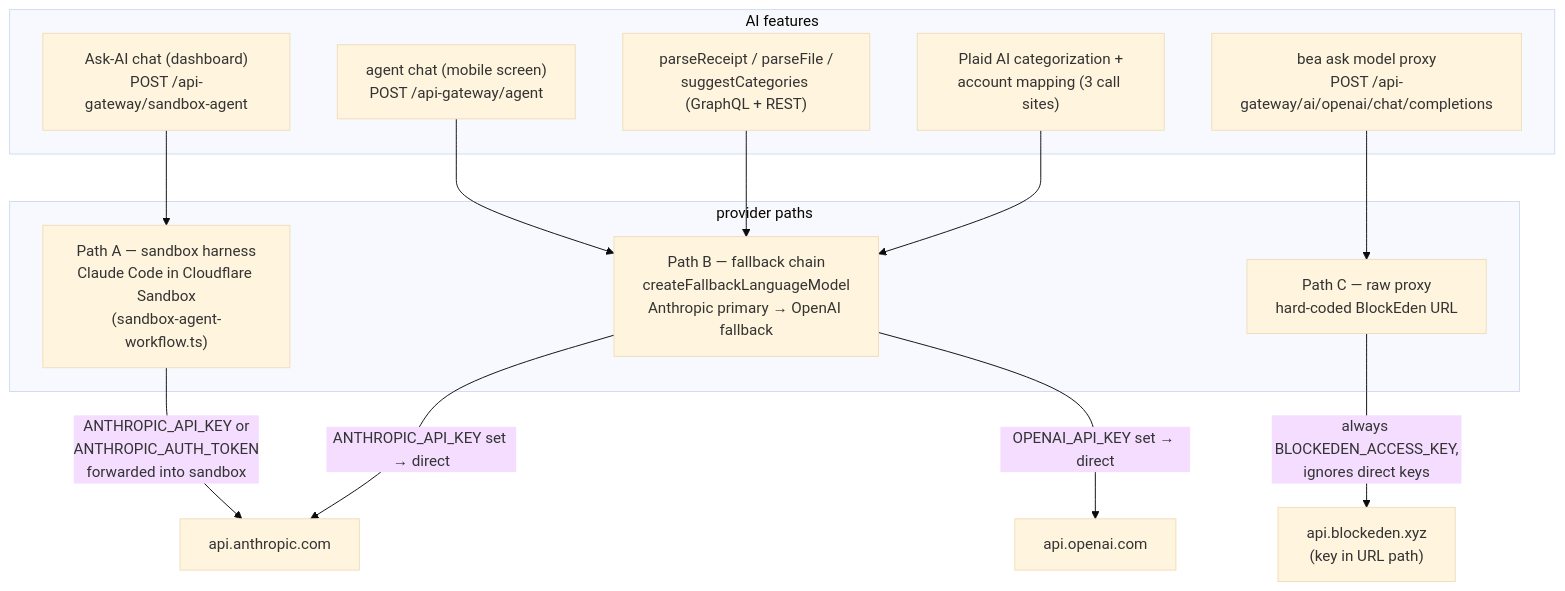
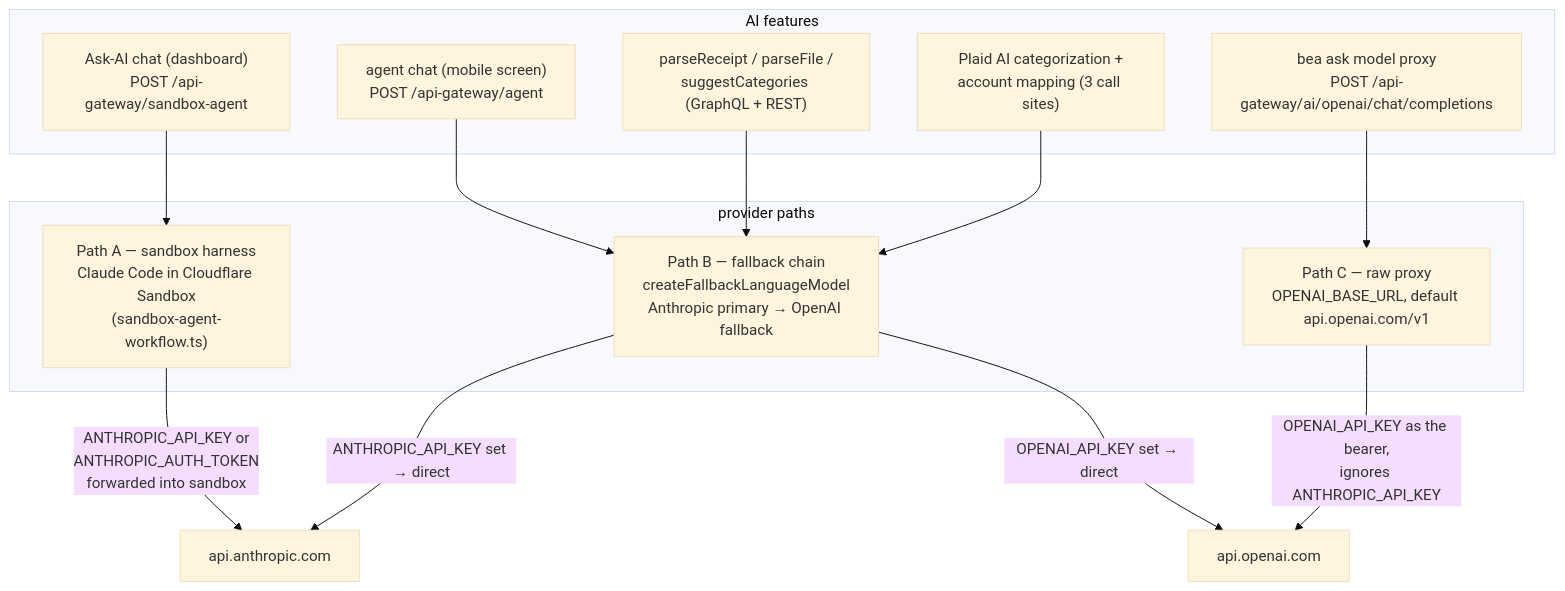
Before and after one commit to bex-co/beancount-io: the diagram in docs/adrs/ADR011-backend-v2-ai-api-usage.md, drawn with Mermaid (base theme). The commit also changed other lines of this file and 79 other files, not shown here.

````diff
--- a/docs/adrs/ADR011-backend-v2-ai-api-usage.md
+++ b/docs/adrs/ADR011-backend-v2-ai-api-usage.md
@@ -13,31 +13,30 @@
 ```mermaid
 flowchart TB
   subgraph features["AI features"]
     ask["Ask-AI chat (dashboard)\nPOST /api-gateway/sandbox-agent"]
     agent["agent chat (mobile screen)\nPOST /api-gateway/agent"]
     receipt["parseReceipt / parseFile /\nsuggestCategories (GraphQL + REST)"]
     plaid["Plaid AI categorization +\naccount mapping (3 call sites)"]
     proxy["bea ask model proxy\nPOST /api-gateway/ai/openai/chat/completions"]
   end
 
   subgraph paths["provider paths"]
     A["Path A — sandbox harness\nClaude Code in Cloudflare Sandbox\n(sandbox-agent-workflow.ts)"]
     B["Path B — fallback chain\ncreateFallbackLanguageModel\nAnthropic primary → OpenAI fallback"]
-    C["Path C — raw proxy\nhard-coded BlockEden URL"]
+    C["Path C — raw proxy\nOPENAI_BASE_URL, default api.openai.com/v1"]
   end
 
   anthropic["api.anthropic.com"]
   openai["api.openai.com"]
-  blockeden["api.blockeden.xyz\n(key in URL path)"]
 
   ask --> A
   agent --> B
   receipt --> B
   plaid --> B
   proxy --> C
 
   A -->|"ANTHROPIC_API_KEY or\nANTHROPIC_AUTH_TOKEN\nforwarded into sandbox"| anthropic
   B -->|"ANTHROPIC_API_KEY set → direct"| anthropic
   B -->|"OPENAI_API_KEY set → direct"| openai
-  C -->|"always BLOCKEDEN_ACCESS_KEY,\nignores direct keys"| blockeden
+  C -->|"OPENAI_API_KEY as the bearer,\nignores ANTHROPIC_API_KEY"| openai
 ```
````
